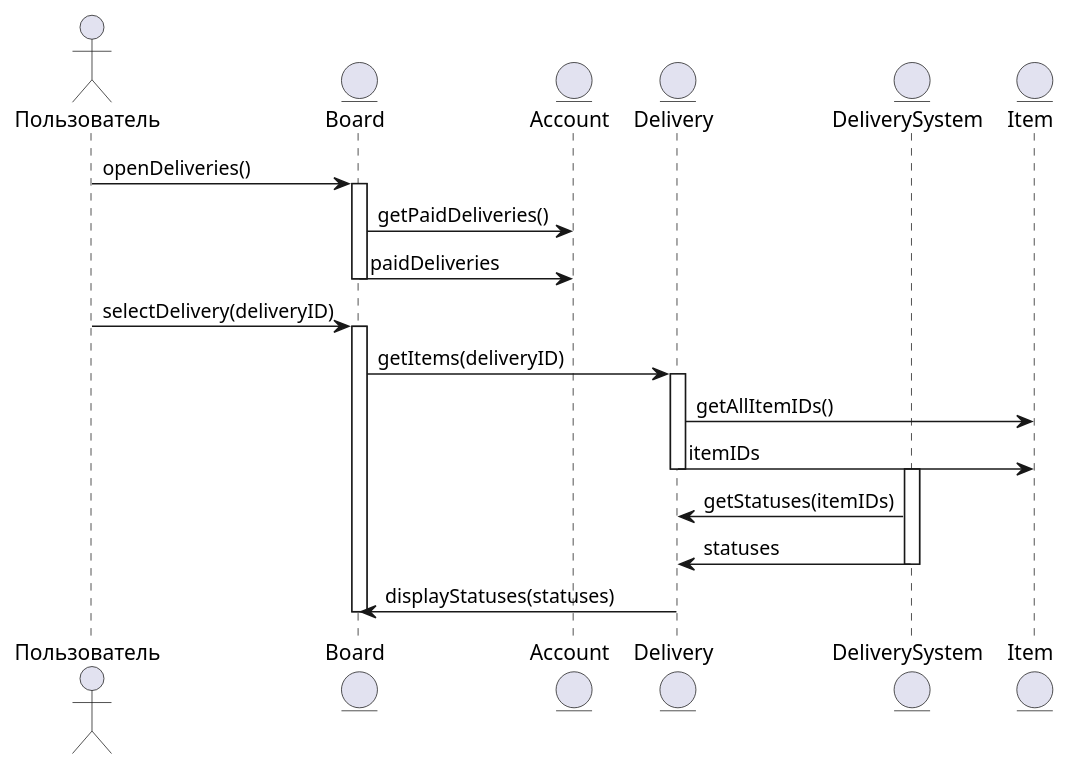
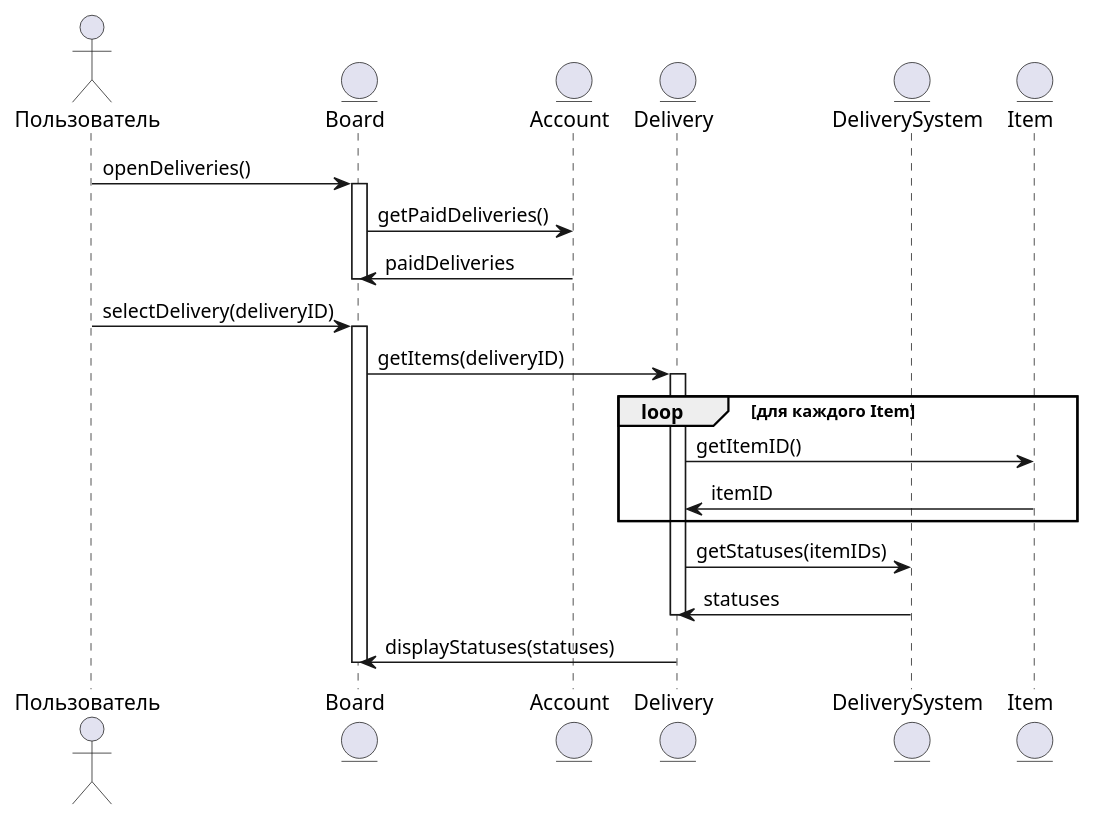
One commit to penamarth/bsbo-01-22_team1_var13 changed the diagram in Диаграмма последовательности Отслеживание доставки.md. Above: the diagram before and after it, drawn with PlantUML.

Commit message:
Update Диаграмма последовательности Отслеживание доставки.md

````diff
--- a/Диаграмма последовательности Отслеживание доставки.md
+++ b/Диаграмма последовательности Отслеживание доставки.md
@@ -2,34 +2,36 @@
 ```plantuml
 @startuml
 
 actor Пользователь
 entity Board
 entity Account
 entity Delivery
 entity DeliverySystem
 entity Item
 
 Пользователь -> Board : openDeliveries()
 activate Board
 Board -> Account : getPaidDeliveries()
-Account <- Board : paidDeliveries
+Account -> Board : paidDeliveries
 deactivate Board
 
 Пользователь -> Board : selectDelivery(deliveryID)
 activate Board
 Board -> Delivery : getItems(deliveryID)
+
 activate Delivery
-Delivery -> Item : getAllItemIDs()
-Item <- Delivery : itemIDs
-deactivate Delivery
+loop для каждого Item
+Delivery -> Item : getItemID()
+Item -> Delivery : itemID
+end
 
-activate DeliverySystem
-DeliverySystem -> Delivery : getStatuses(itemIDs)
+DeliverySystem <- Delivery : getStatuses(itemIDs)
 Delivery <- DeliverySystem : statuses
 deactivate DeliverySystem
+deactivate Delivery
 
 Delivery -> Board : displayStatuses(statuses)
 deactivate Board
 
 @enduml
 ```
````
